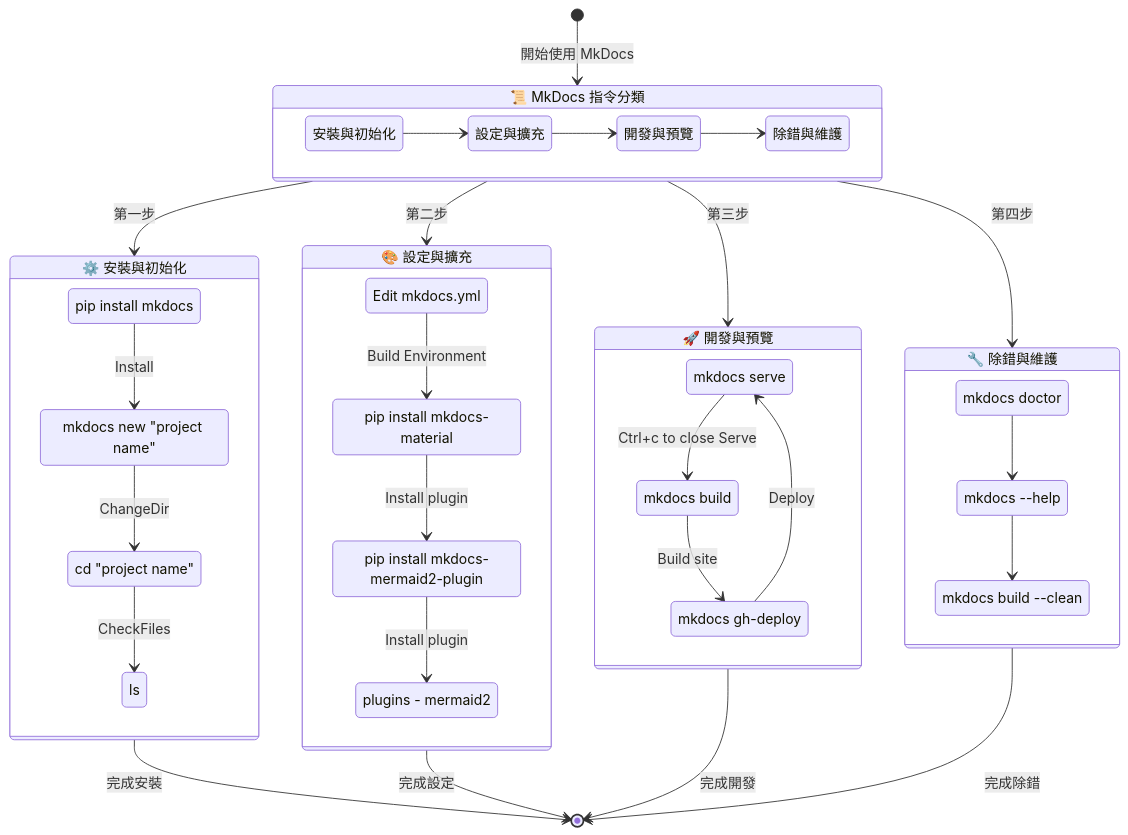
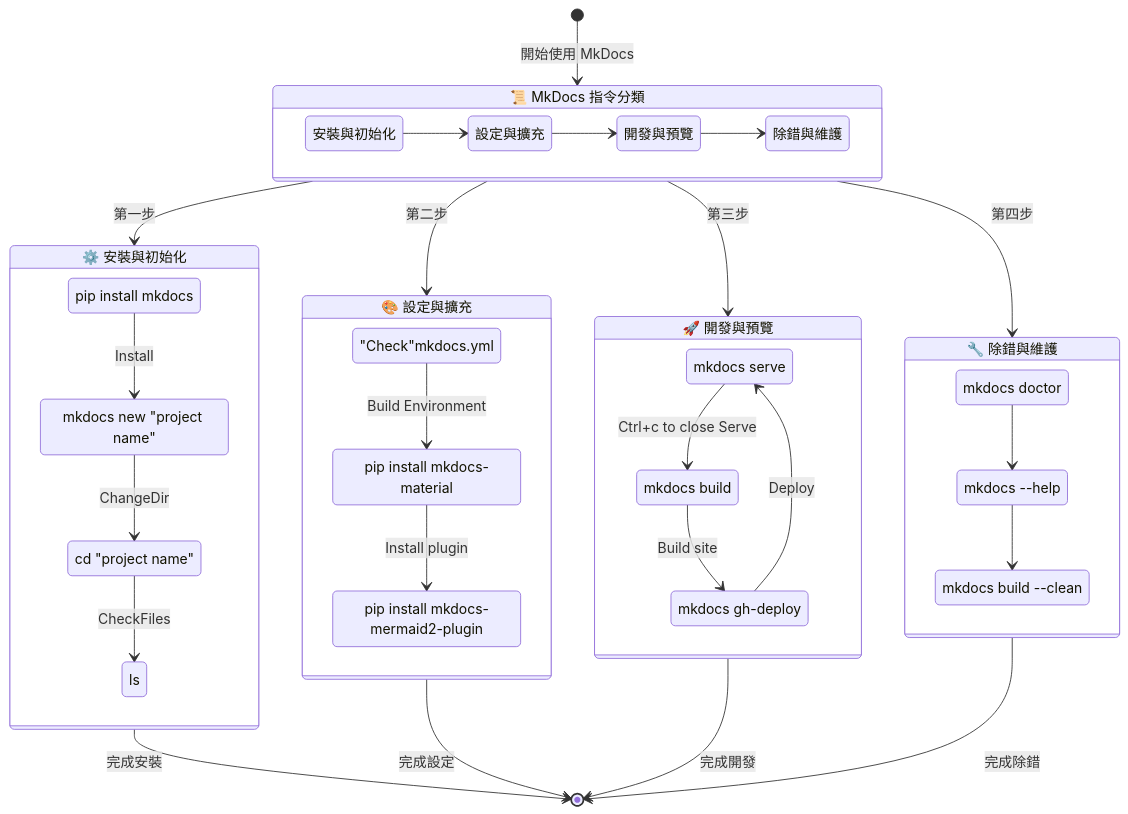
One commit to HachiTsai/DCS-learning changed the first of 2 diagrams in docs/Programing/mkdocs.md. Above: the diagram before and after it, drawn with Mermaid.

````diff
--- a/docs/Programing/mkdocs.md
+++ b/docs/Programing/mkdocs.md
@@ -6,75 +6,73 @@
 ```mermaid
 stateDiagram-v2  
     direction TB  // 方向設定為由上至下 (Top to Bottom)  
 
     %% 狀態定義 (State Definitions)  
     %% 使用 state 來定義複合狀態 (一個大的分類)  
     
     state "📜 MkDocs 指令分類" as MkDocsCommands {  
      direction LR
         安裝與初始化: 安裝與初始化  
         開發與預覽: 開發與預覽  
         設定與擴充: 設定與擴充  
         除錯與維護: 除錯與維護  
 
         安裝與初始化 --> 設定與擴充 
         設定與擴充 --> 開發與預覽   
         開發與預覽 --> 除錯與維護  
     }  
 
     state "⚙️ 安裝與初始化" as Setup {  
         Install: pip install mkdocs  
         NewProject: mkdocs new "project name"  
         ChangeDir: cd "project name"  
         CheckFiles: ls  
 
         Install --> NewProject : Install 
         NewProject --> ChangeDir :  ChangeDir
         ChangeDir --> CheckFiles : CheckFiles
     }  
 
     state "🎨 設定與擴充" as Config {  
-        EditConfig: Edit mkdocs.yml  
+        EditConfig: "Check"mkdocs.yml  
         InstallTheme: pip install mkdocs-material  
         InstallPlugin: pip install mkdocs-mermaid2-plugin  
-        EnablePlugin: plugins - mermaid2  
 
         EditConfig --> InstallTheme :Build Environment  
         InstallTheme --> InstallPlugin : Install plugin
-        InstallPlugin --> EnablePlugin : Install plugin
     }  
 
     state "🚀 開發與預覽" as Dev {  
         Serve: mkdocs serve  
         Build: mkdocs build  
         Deploy: mkdocs gh-deploy  
 
         Build --> Deploy  :Build site
         Deploy --> Serve :Deploy
         Serve --> Build :Ctrl+c to close Serve
     }  
 
     state "🔧 除錯與維護" as Debug {  
         Doctor: mkdocs doctor  
         Help: mkdocs --help  
         CleanBuild: mkdocs build --clean  
 
         Doctor --> Help  
         Help --> CleanBuild  
     }  
 
     %% 起點與主要流程  
     [*] --> MkDocsCommands : 開始使用 MkDocs  
 
     MkDocsCommands --> Setup : 第一步   
     MkDocsCommands --> Config : 第二步 
     MkDocsCommands --> Dev : 第三步  
     MkDocsCommands --> Debug : 第四步  
 
     %% 終點  
     Setup --> [*] : 完成安裝  
     Config --> [*] : 完成設定  
     Dev --> [*] : 完成開發  
     Debug --> [*] : 完成除錯  
 
 ```
````
